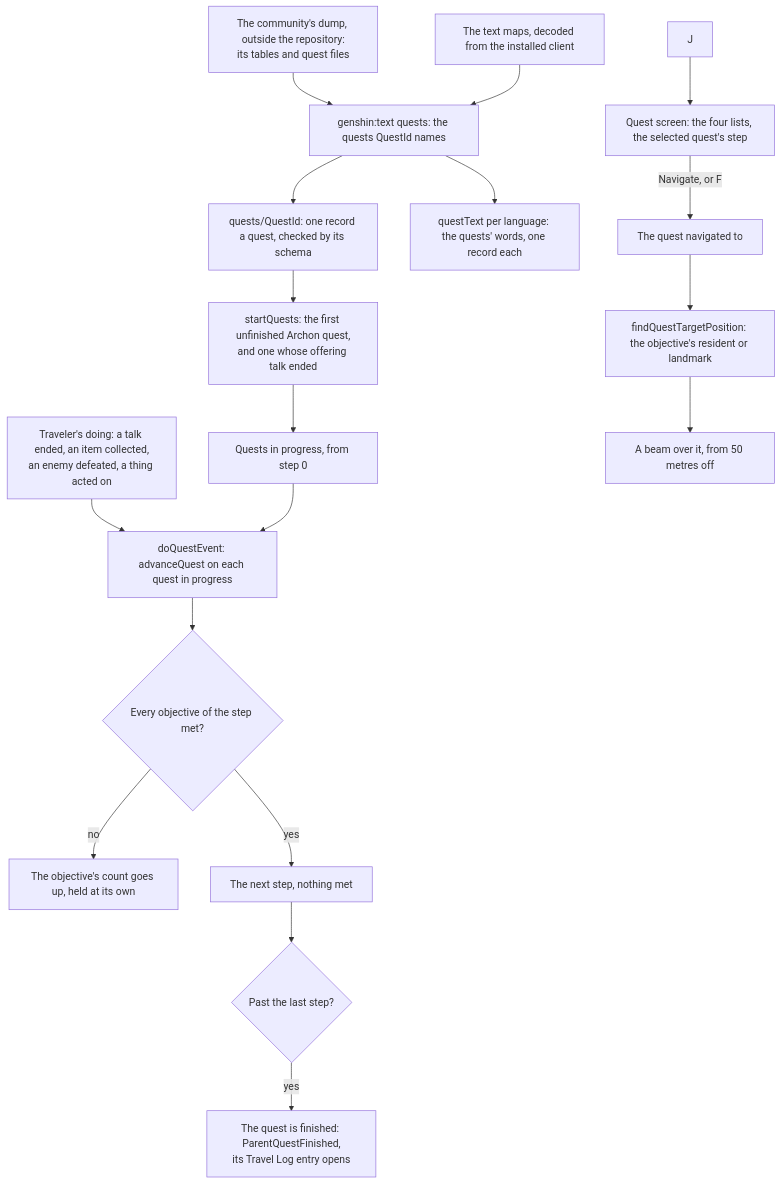
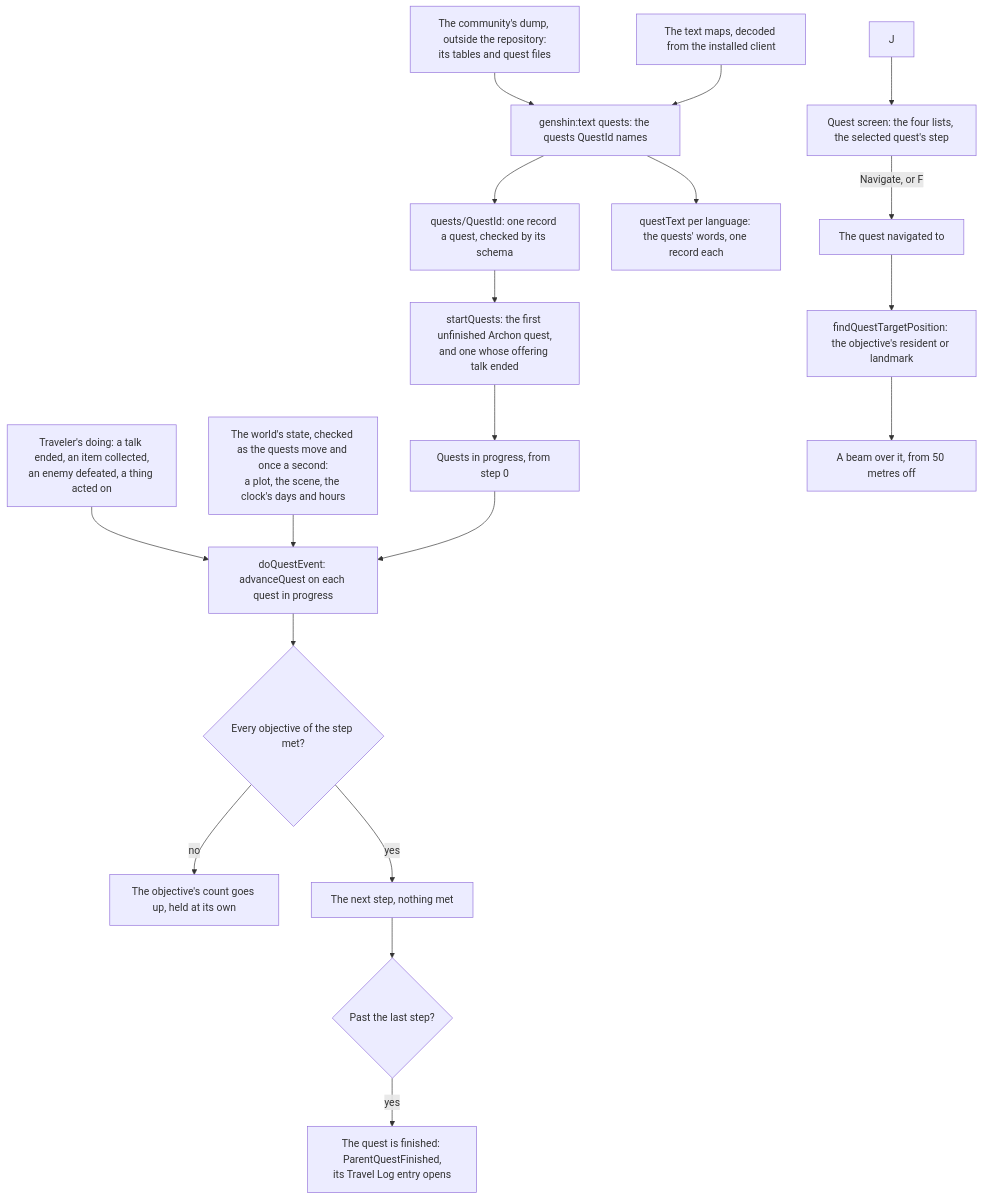
One commit to Esposter/Esposter changed the diagram in openspec/specs/genshin/quests/design.md. Above: the diagram before and after it, drawn with Mermaid. The commit also changed other lines of this file and 22 other files, not shown here.

````diff
--- a/openspec/specs/genshin/quests/design.md
+++ b/openspec/specs/genshin/quests/design.md
@@ -7,20 +7,21 @@
 ```mermaid
 flowchart TD
   DUMP["The community's dump, outside the repository:<br/>its tables and quest files"] --> READ["genshin:text quests: the quests QuestId names"]
   DECODE["The text maps, decoded from the installed client"] --> READ
   READ --> FILES["quests/QuestId: one record a quest, checked by its schema"]
   READ --> WORDS["questText per language: the quests' words, one record each"]
   FILES --> START["startQuests: the first unfinished Archon quest,<br/>and one whose offering talk ended"]
   START --> PROGRESS["Quests in progress, from step 0"]
   DOING["Traveler's doing: a talk ended, an item collected,<br/>an enemy defeated, a thing acted on"] --> ADVANCE["doQuestEvent: advanceQuest on each quest in progress"]
+  STATE["The world's state, checked as the quests move and once a second:<br/>a plot, the scene, the clock's days and hours"] --> ADVANCE
   PROGRESS --> ADVANCE
   ADVANCE --> MET{"Every objective of the step met?"}
   MET -->|"no"| COUNT["The objective's count goes up, held at its own"]
   MET -->|"yes"| STEP["The next step, nothing met"]
   STEP --> DONE{"Past the last step?"}
   DONE -->|"yes"| FINISHED["The quest is finished: ParentQuestFinished,<br/>its Travel Log entry opens"]
   J["J"] --> SCREEN["Quest screen: the four lists, the selected quest's step"]
   SCREEN -->|"Navigate, or F"| TRACKED["The quest navigated to"]
   TRACKED --> TARGET["findQuestTargetPosition: the objective's resident or landmark"]
   TARGET --> BEAM["A beam over it, from 50 metres off"]
 ```
````
